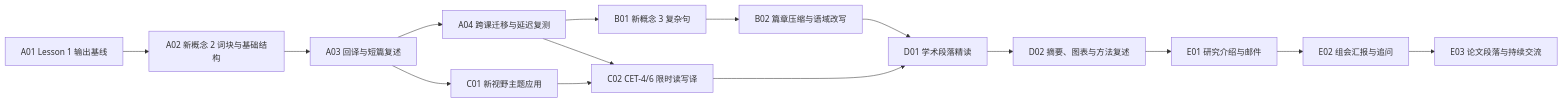
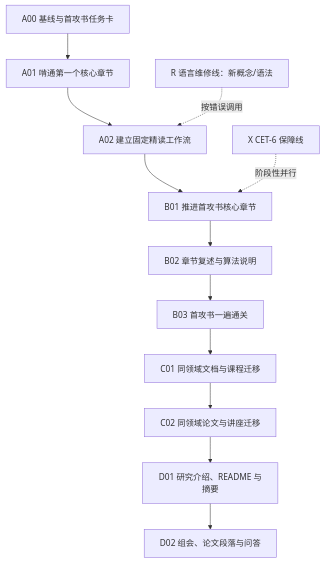
The diagram in 语言学习/英语/英语学习路线_大地图.md (menghuainanfang/learning), drawn with Mermaid before and after one commit. The commit also changed other lines of this file and 140 other files, not shown here.

````diff
--- a/语言学习/英语/英语学习路线_大地图.md
+++ b/语言学习/英语/英语学习路线_大地图.md
@@ -69,17 +137,14 @@
 ```mermaid
-flowchart LR
- A01["A01 Lesson 1 输出基线"] --> A02["A02 新概念 2 词块与基础结构"]
- A02 --> A03["A03 回译与短篇复述"]
- A03 --> A04["A04 跨课迁移与延迟复测"]
- A04 --> B01["B01 新概念 3 复杂句"]
- B01 --> B02["B02 篇章压缩与语域改写"]
- A03 --> C01["C01 新视野主题应用"]
- A04 --> C02["C02 CET-4/6 限时读写译"]
- C01 --> C02
- B02 --> D01["D01 学术段落精读"]
- C02 --> D01
- D01 --> D02["D02 摘要、图表与方法复述"]
- D02 --> E01["E01 研究介绍与邮件"]
- E01 --> E02["E02 组会汇报与追问"]
- E02 --> E03["E03 论文段落与持续交流"]
+flowchart TD
+ A00["A00 基线与首攻书任务卡"] --> A01["A01 啃通第一个核心章节"]
+ A01 --> A02["A02 建立固定精读工作流"]
+ A02 --> B01["B01 推进首攻书核心章节"]
+ B01 --> B02["B02 章节复述与算法说明"]
+ B02 --> B03["B03 首攻书一遍通关"]
+ B03 --> C01["C01 同领域文档与课程迁移"]
+ C01 --> C02["C02 同领域论文与讲座迁移"]
+ C02 --> D01["D01 研究介绍、README 与摘要"]
+ D01 --> D02["D02 组会、论文段落与问答"]
+ R["R 语言维修线：新概念/语法"] -.按错误调用.-> A02
+ X["X CET-6 保障线"] -.阶段性并行.-> B01
 ```
````
